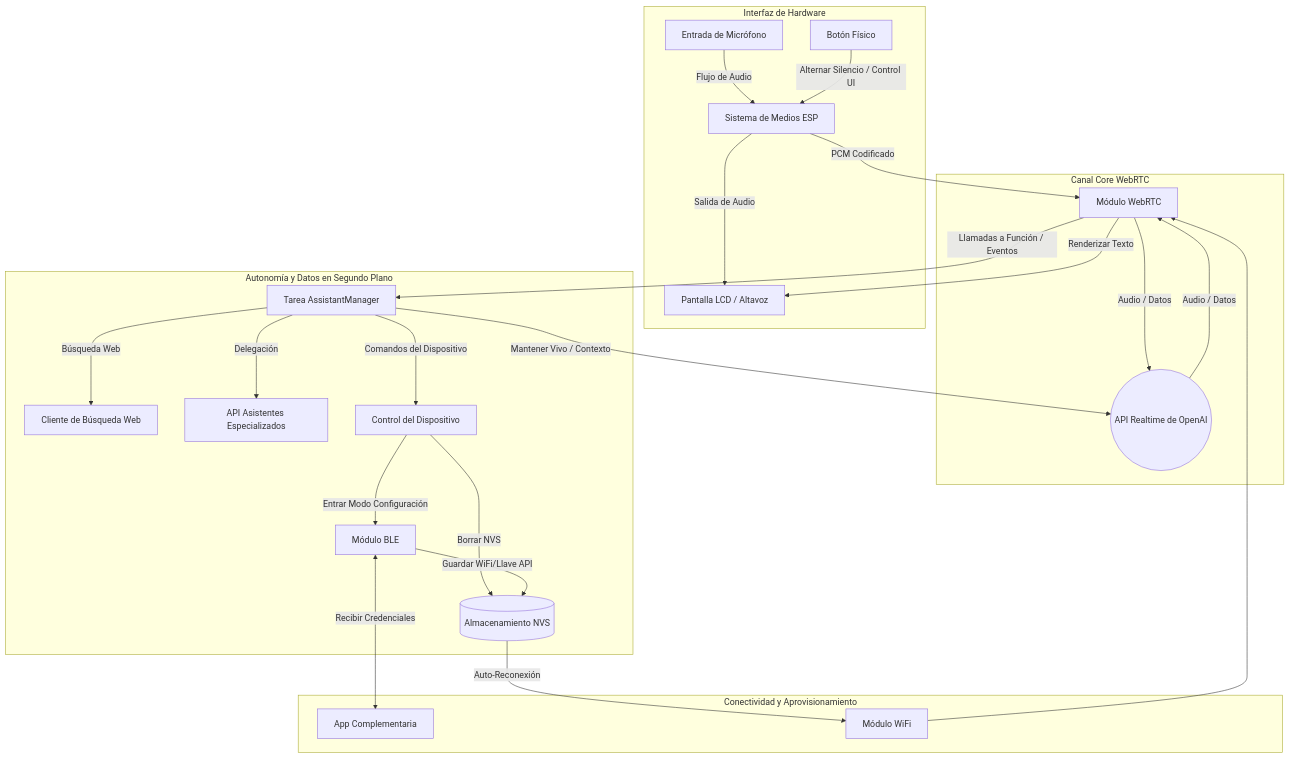
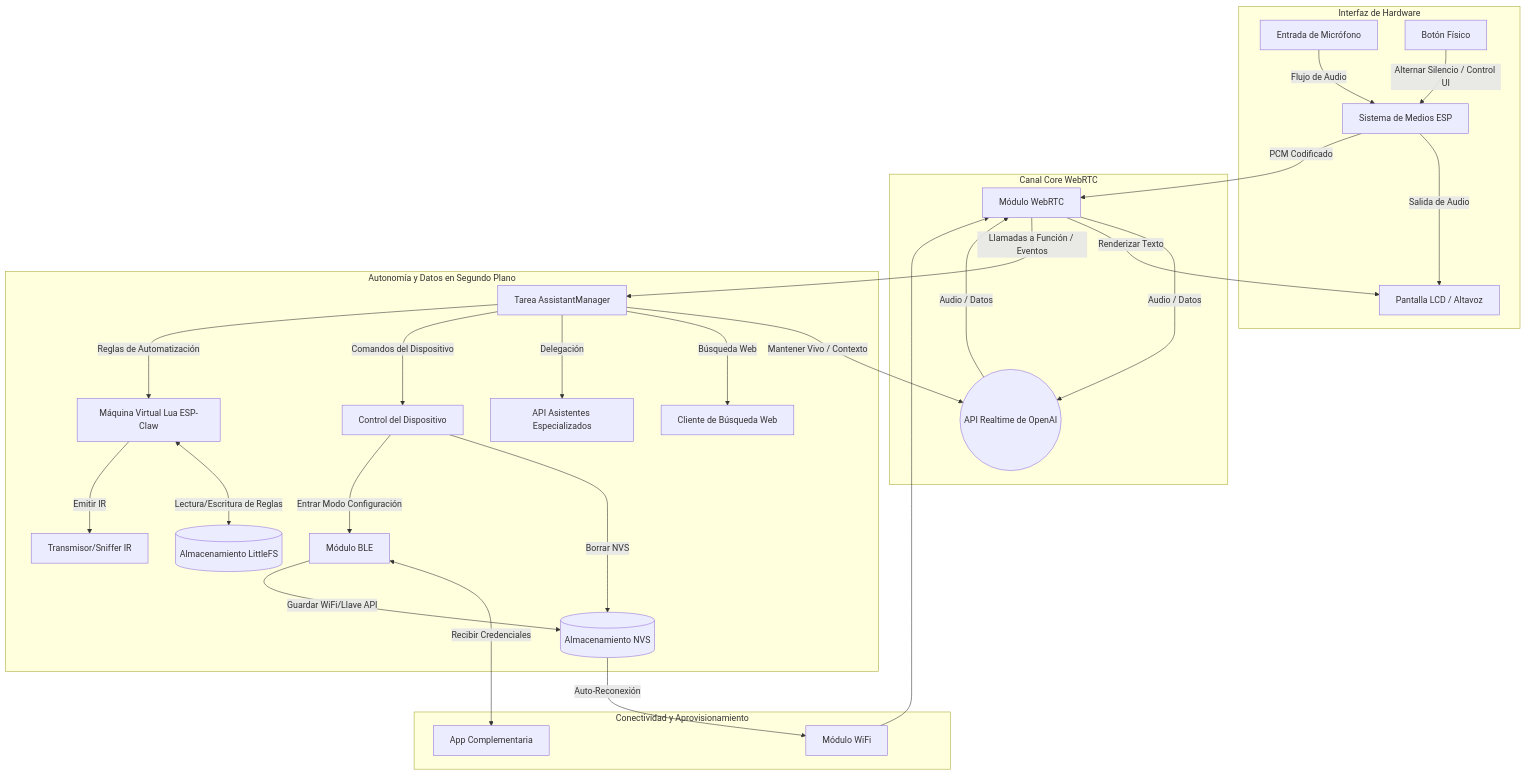
One commit to lmartinez51/esp32s3-camila changed the diagram in README-es.md. Above: the diagram before and after it, drawn with Mermaid. The commit also changed 1 other file, not shown here.

Commit message:
docs: update system architecture diagrams with ESP-Claw and LittleFS

````diff
--- a/README-es.md
+++ b/README-es.md
@@ -47,34 +47,37 @@
 ```mermaid
 flowchart TD
     subgraph Interfaz de Hardware
         A[Entrada de Micrófono] -->|Flujo de Audio| B[Sistema de Medios ESP]
         E[Pantalla LCD / Altavoz]
         F[Botón Físico]
         B -->|Salida de Audio| E
     end
 
     subgraph Canal Core WebRTC
         B -->|PCM Codificado| C[Módulo WebRTC]
         C -->|Audio / Datos| D((API Realtime de OpenAI))
         D -->|Audio / Datos| C
         C -->|Renderizar Texto| E
         F -->|Alternar Silencio / Control UI| B
     end
 
     subgraph Autonomía y Datos en Segundo Plano
         C -->|Llamadas a Función / Eventos| G[Tarea AssistantManager]
         G -->|Mantener Vivo / Contexto| D
         G -->|Búsqueda Web| WS[Cliente de Búsqueda Web]
         G -->|Delegación| SA[API Asistentes Especializados]
         G -->|Comandos del Dispositivo| HC[Control del Dispositivo]
         HC -->|Borrar NVS| NVS[(Almacenamiento NVS)]
         HC -->|Entrar Modo Configuración| BLE[Módulo BLE]
+        G -->|Reglas de Automatización| LUA[Máquina Virtual Lua ESP-Claw]
+        LUA <-->|Lectura/Escritura de Reglas| LFS[(Almacenamiento LittleFS)]
+        LUA -->|Emitir IR| IR[Transmisor/Sniffer IR]
     end
 
     subgraph Conectividad y Aprovisionamiento
         BLE <-->|Recibir Credenciales| App[App Complementaria]
         BLE -->|Guardar WiFi/Llave API| NVS
         NVS -->|Auto-Reconexión| WiFi[Módulo WiFi]
         WiFi --> C
     end
 ```
````
